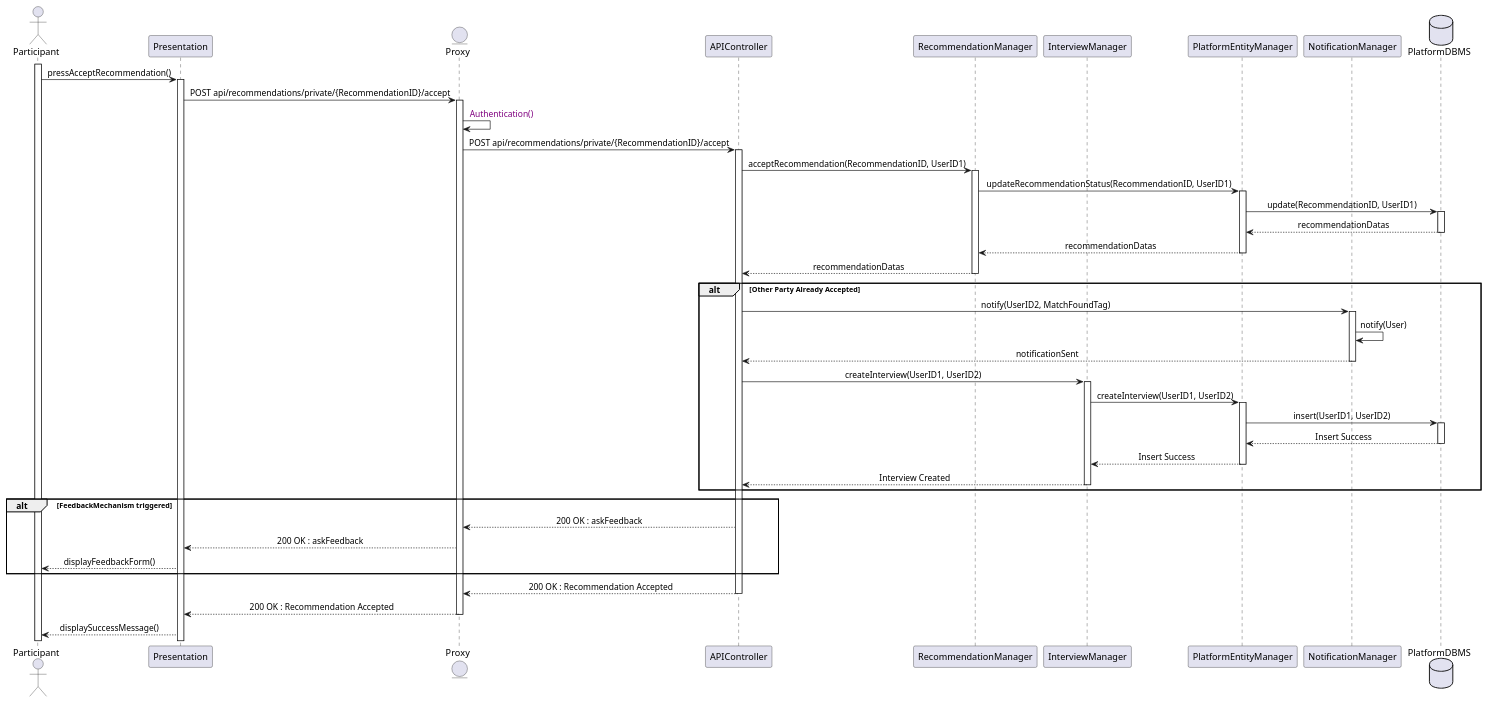
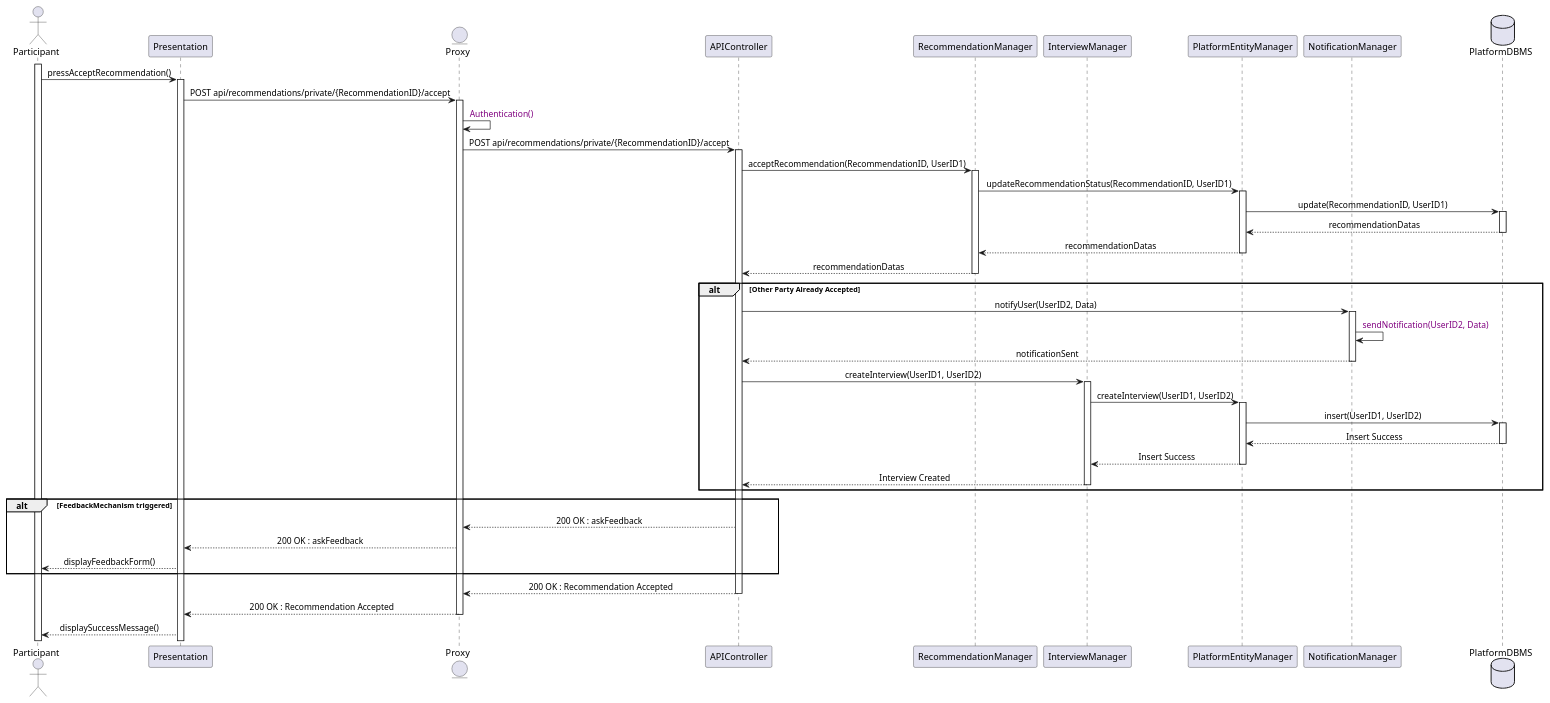
One commit to Slaitroc/RicciPaoliGrisoni changed the diagram in Diagrams/SequenceDiagrams/DD/6.1ParticipantAcceptsMatch.wsd. Above: the diagram before and after it, drawn with PlantUML. The commit also changed 4 other files, not shown here.

Commit message:
Refactor DD SequenceDiagrams 3-6.1-6.2-7-8 with updated notifications convention

```diff
--- a/Diagrams/SequenceDiagrams/DD/6.1ParticipantAcceptsMatch.wsd
+++ b/Diagrams/SequenceDiagrams/DD/6.1ParticipantAcceptsMatch.wsd
@@ -1,51 +1,51 @@
 @startuml AcceptRecommendation
 skinparam sequenceMessageAlign center
 actor       Participant
 participant  Presentation
 entity      Proxy
 participant APIController
 participant RecommendationManager
 participant InterviewManager
 participant PlatformEntityManager
 participant NotificationManager
 database    PlatformDBMS
 
 activate Participant
 Participant -> Presentation : pressAcceptRecommendation()
 activate Presentation
 Presentation -> Proxy : POST api/recommendations/private/{RecommendationID}/accept
 activate Proxy
 Proxy -> Proxy : <color:purple> Authentication()
 
 Proxy -> APIController ++ : POST api/recommendations/private/{RecommendationID}/accept
 APIController -> RecommendationManager ++ : acceptRecommendation(RecommendationID, UserID1)
 RecommendationManager -> PlatformEntityManager ++ : updateRecommendationStatus(RecommendationID, UserID1)
 PlatformEntityManager -> PlatformDBMS ++ : update(RecommendationID, UserID1)
 PlatformDBMS --> PlatformEntityManager -- : recommendationDatas
 PlatformEntityManager --> RecommendationManager -- : recommendationDatas
 RecommendationManager --> APIController -- : recommendationDatas
 
 alt Other Party Already Accepted
-    APIController -> NotificationManager ++ : notify(UserID2, MatchFoundTag)
-    NotificationManager -> NotificationManager : notify(User)
+    APIController -> NotificationManager ++ : notifyUser(UserID2, Data)
+    NotificationManager -> NotificationManager : <color:purple> sendNotification(UserID2, Data)
     NotificationManager --> APIController -- : notificationSent
     APIController -> InterviewManager ++ : createInterview(UserID1, UserID2)
     InterviewManager -> PlatformEntityManager ++ : createInterview(UserID1, UserID2)
     PlatformEntityManager -> PlatformDBMS ++ : insert(UserID1, UserID2)
     PlatformDBMS --> PlatformEntityManager -- : Insert Success
     PlatformEntityManager --> InterviewManager -- : Insert Success
     InterviewManager --> APIController -- : Interview Created
 end
 alt FeedbackMechanism triggered
     APIController --> Proxy : 200 OK : askFeedback
     Proxy --> Presentation : 200 OK : askFeedback
     Presentation --> Participant : displayFeedbackForm()
 end
 
 APIController --> Proxy : 200 OK : Recommendation Accepted
 deactivate APIController
 Proxy --> Presentation : 200 OK : Recommendation Accepted
 deactivate Proxy
 Presentation --> Participant : displaySuccessMessage()
 
 @enduml
```
